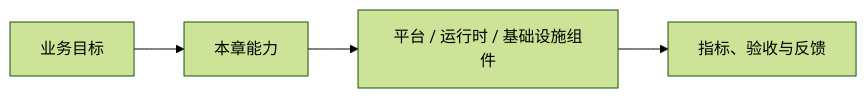
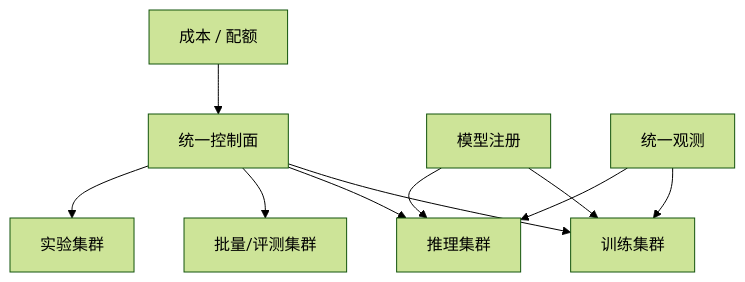
Before and after one commit to ikingye/ai-factory-engineering: the diagram in docs/part-05-orchestration/chapter-25-multi-cluster.md, drawn with Mermaid (forest theme). The commit also changed other lines of this file and 11 other files, not shown here.

````diff
--- a/docs/part-05-orchestration/chapter-25-multi-cluster.md
+++ b/docs/part-05-orchestration/chapter-25-multi-cluster.md
@@ -19,6 +23,12 @@
 ```mermaid
-flowchart LR
-  Goal["业务目标"] --> Capability["本章能力"]
-  Capability --> Components["平台 / 运行时 / 基础设施组件"]
-  Components --> Metrics["指标、验收与反馈"]
+flowchart TB
+  Control["统一控制面"] --> Train["训练集群"]
+  Control --> Infer["推理集群"]
+  Control --> Batch["批量/评测集群"]
+  Control --> Exp["实验集群"]
+  Registry["模型注册"] --> Train
+  Registry --> Infer
+  Observability["统一观测"] --> Train
+  Observability --> Infer
+  Billing["成本 / 配额"] --> Control
 ```
````
